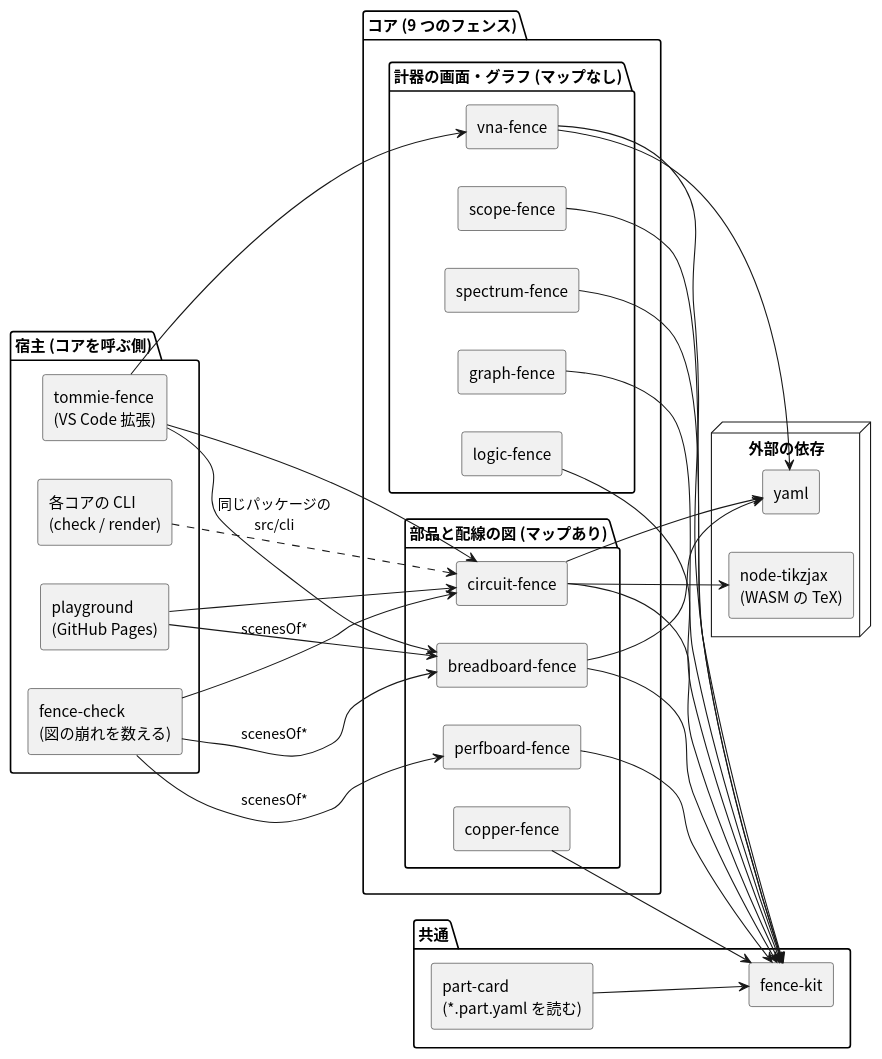
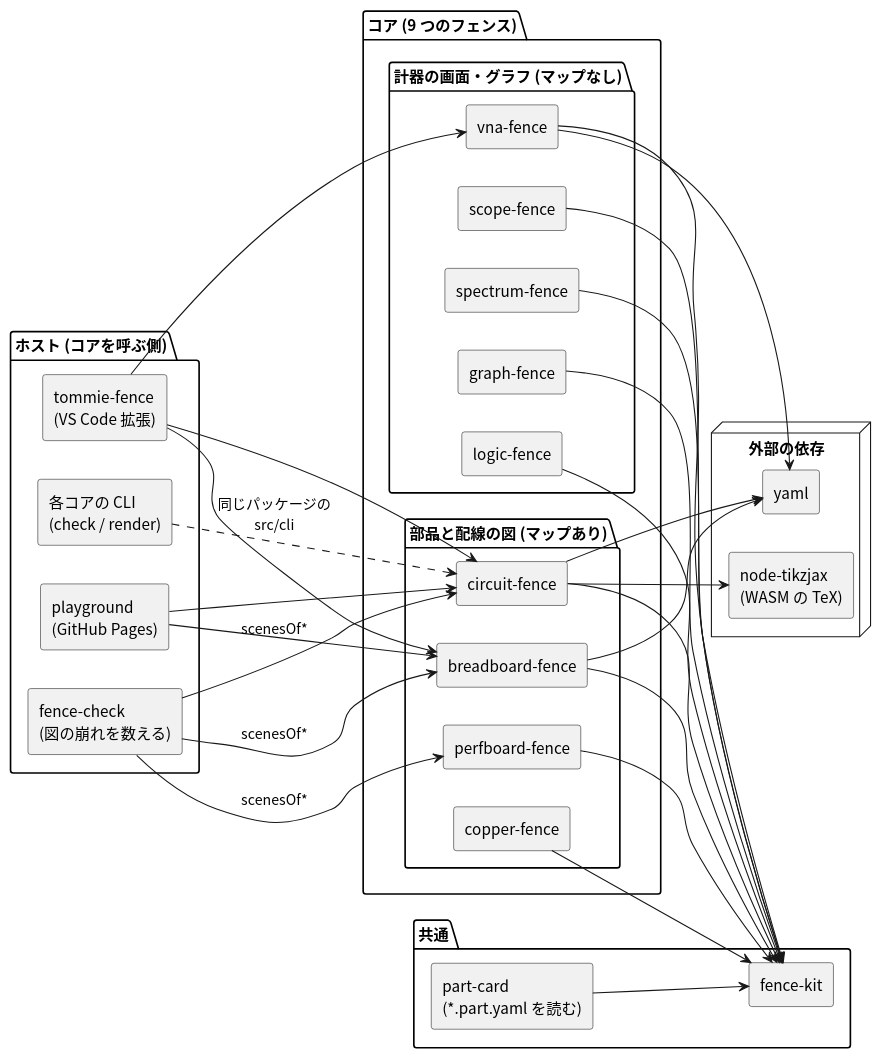
The first of 10 diagrams in docs/architecture.ja.md (tommie-jp/tommie-fence), drawn with PlantUML before and after one commit. The commit also changed other lines of this file, not shown here.

First line of the commit message:
docs: しくみの全体図の日本語を推敲し、「模型」をモデル、「宿主」をホストにする

````diff
--- a/docs/architecture.ja.md
+++ b/docs/architecture.ja.md
@@ -36,66 +36,66 @@
 ```plantuml
 @startuml packages
 skinparam componentStyle rectangle
 skinparam defaultFontName "Noto Sans CJK JP"
 left to right direction
 
-package "宿主 (コアを呼ぶ側)" {
+package "ホスト (コアを呼ぶ側)" {
   [tommie-fence\n(VS Code 拡張)] as ext
   [playground\n(GitHub Pages)] as pg
   [各コアの CLI\n(check / render)] as cli
   [fence-check\n(図の崩れを数える)] as fc
 }
 
 package "コア (9 つのフェンス)" {
   package "部品と配線の図 (マップあり)" {
     [circuit-fence] as circuit
     [breadboard-fence] as bread
     [perfboard-fence] as perf
     [copper-fence] as copper
   }
   package "計器の画面・グラフ (マップなし)" {
     [vna-fence] as vna
     [scope-fence] as scope
     [spectrum-fence] as spectrum
     [graph-fence] as graph
     [logic-fence] as logic
   }
 }
 
 package "共通" {
   [fence-kit] as kit
   [part-card\n(*.part.yaml を読む)] as card
 }
 
 node "外部の依存" {
   [yaml] as yaml
   [node-tikzjax\n(WASM の TeX)] as tikz
 }
 
 ext --> circuit
 ext --> bread
 ext --> vna
 pg --> circuit
 pg --> bread
 cli ..> circuit : 同じパッケージの\nsrc/cli
 fc --> circuit : scenesOf*
 fc --> bread : scenesOf*
 fc --> perf : scenesOf*
 
 circuit --> kit
 bread --> kit
 perf --> kit
 copper --> kit
 vna --> kit
 scope --> kit
 spectrum --> kit
 graph --> kit
 logic --> kit
 card --> kit
 
 circuit --> tikz
 circuit --> yaml
 bread --> yaml
 vna --> yaml
 @enduml
 ```
````
